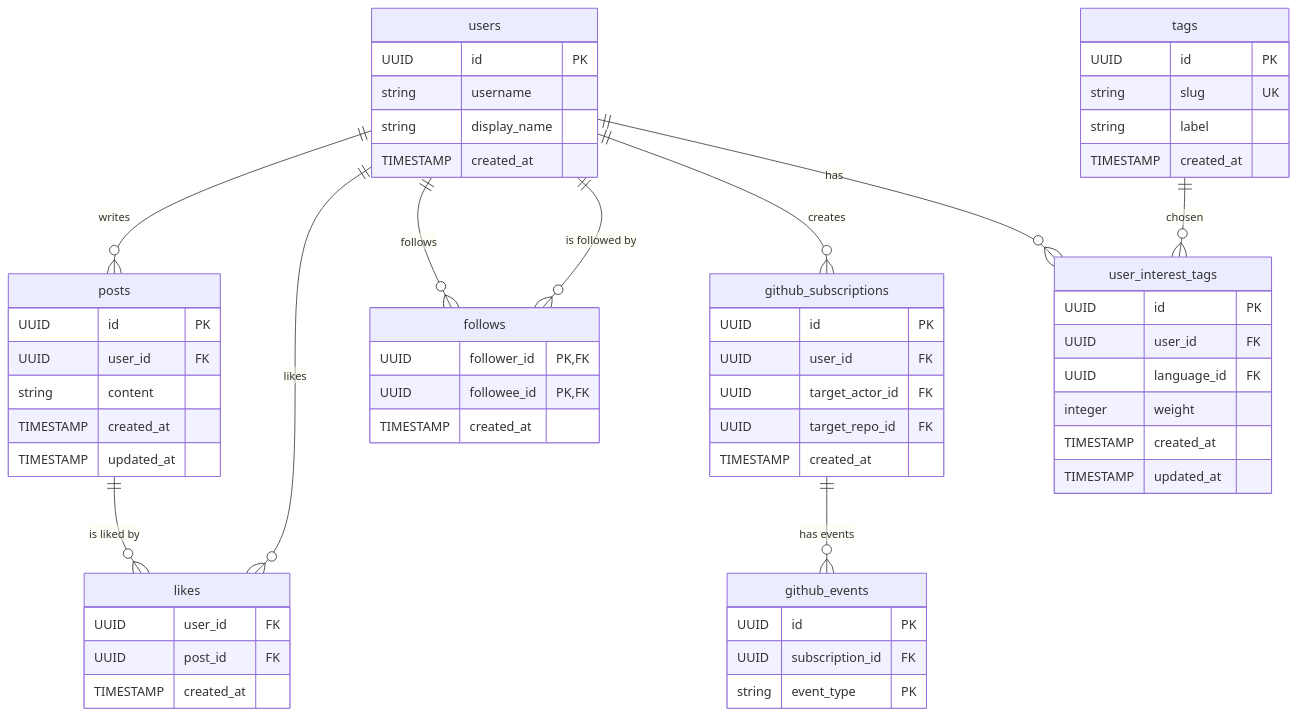
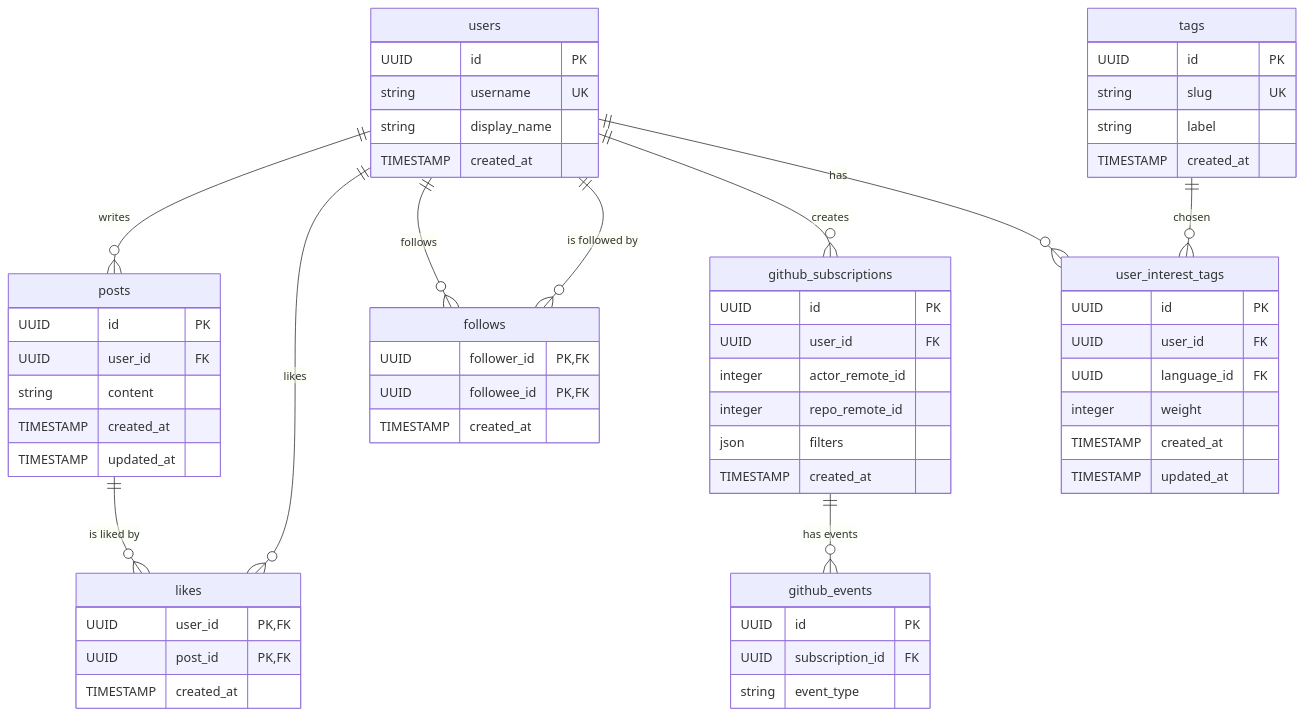
The diagram in README.md (tsukuneA1/git_feed), drawn with Mermaid before and after one commit.

````diff
--- a/README.md
+++ b/README.md
@@ -10,69 +10,74 @@
 ```mermaid
 erDiagram
   users {
     UUID id PK
-    string username
+    string username UK
     string display_name
     TIMESTAMP created_at
   }
 
   follows {
+    %% CHECK: follower_id != followee_id
     UUID follower_id PK,FK
     UUID followee_id PK,FK
     TIMESTAMP created_at
   }
 
   posts {
     UUID id PK
     UUID user_id FK
     string content
     TIMESTAMP created_at
     TIMESTAMP updated_at
   }
 
   likes {
-    UUID user_id FK
-    UUID post_id FK
+    UUID user_id PK,FK
+    UUID post_id PK,FK
     TIMESTAMP created_at
   }
 
   github_subscriptions {
     UUID id PK
     UUID user_id FK
-    UUID target_actor_id FK
-    UUID target_repo_id FK
+    %% XOR: (actor_remote_id IS NOT NULL) XOR (repo_remote_id IS NOT NULL)
+     %% Github RESTのuser/org id(nullable)
+    integer actor_remote_id
+    %% Github RESTのrepo id(nullable)
+    integer repo_remote_id  
+    json filters
     TIMESTAMP created_at 
   }
 
   github_events {
     UUID id PK
     UUID subscription_id FK
-    string event_type PK
+    string event_type
   }
 
   tags {
     UUID id PK
     string slug UK
     string label
     TIMESTAMP created_at
   }
 
   user_interest_tags {
     UUID id PK
     UUID user_id FK
     UUID language_id FK
     integer weight
     TIMESTAMP created_at
     TIMESTAMP updated_at
   }
 
   users ||--o{ posts : "writes"
   users ||--o{ likes : "likes"
   posts ||--o{ likes : "is liked by"
   users ||--o{ follows : "follows"
   users ||--o{ follows : "is followed by"
   users ||--o{ github_subscriptions: "creates"
   users ||--o{ user_interest_tags: "has"
   tags ||--o{ user_interest_tags: "chosen"
   github_subscriptions ||--o{ github_events : "has events"
 ```
````
